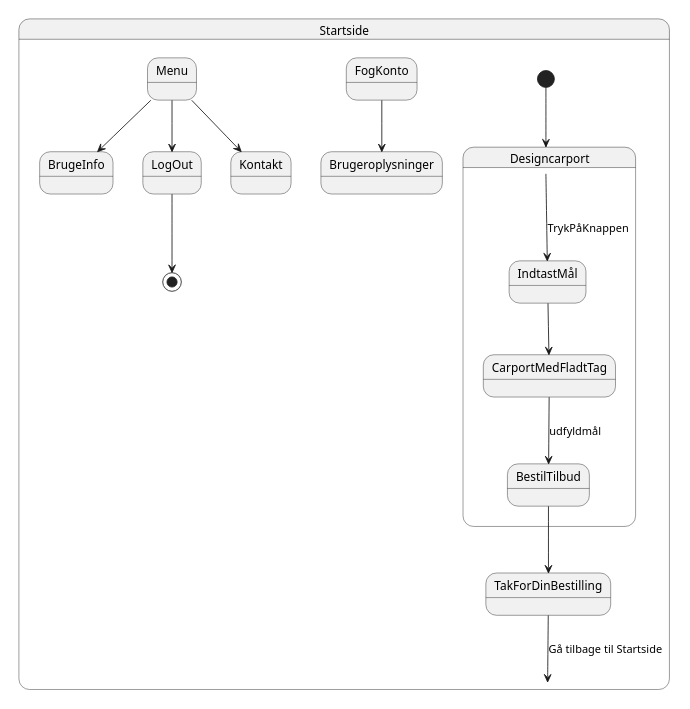
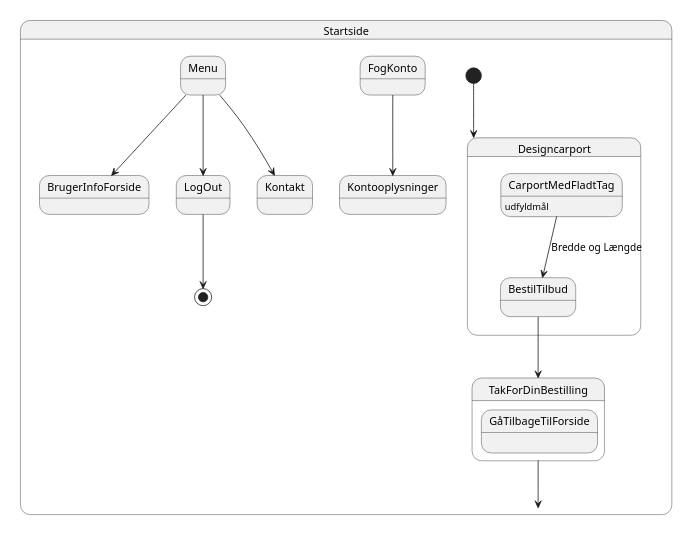
One commit to TeodoraM24/Carport2024 changed the diagram in doc/first_Customer_DesignCaportNavigationDiagram.puml. Above: the diagram before and after it, drawn with PlantUML. The commit also changed 4 other files, not shown here.

Commit message:
UML 4 NavigationsDiagram rettelser

```diff
--- a/doc/first_Customer_DesignCaportNavigationDiagram.puml
+++ b/doc/first_Customer_DesignCaportNavigationDiagram.puml
@@ -1,30 +1,28 @@
 @startuml
 'https://plantuml.com/state-diagram
 
 scale 350 width
 
 
 state Startside{
 [*] --> Designcarport
-FogKonto --> Brugeroplysninger
-Menu --> BrugeInfo
+FogKonto --> Kontooplysninger
+Menu --> BrugerInfoForside
 
 Menu --> LogOut
 LogOut -->[*]
 Menu --> Kontakt
 state Designcarport{
-Designcarport --> IndtastMål : TrykPåKnappen
-
-IndtastMål --> CarportMedFladtTag
-
-CarportMedFladtTag --> BestilTilbud: udfyldmål
+CarportMedFladtTag --> BestilTilbud: Bredde og Længde
+CarportMedFladtTag : udfyldmål
 }
 BestilTilbud --> TakForDinBestilling
-
-
-TakForDinBestilling --> Startside : Gå tilbage til Startside
+state TakForDinBestilling {
+GåTilbageTilForside:
+}
+TakForDinBestilling --> Startside
 
 
 
 
 @enduml
```
